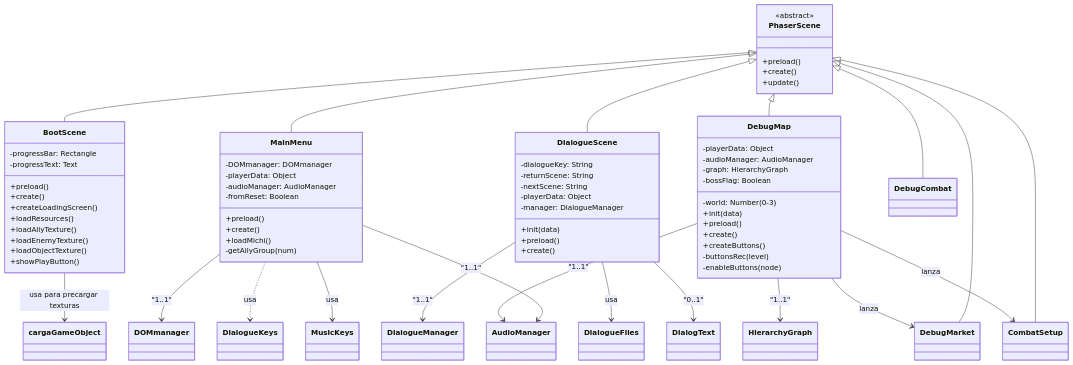
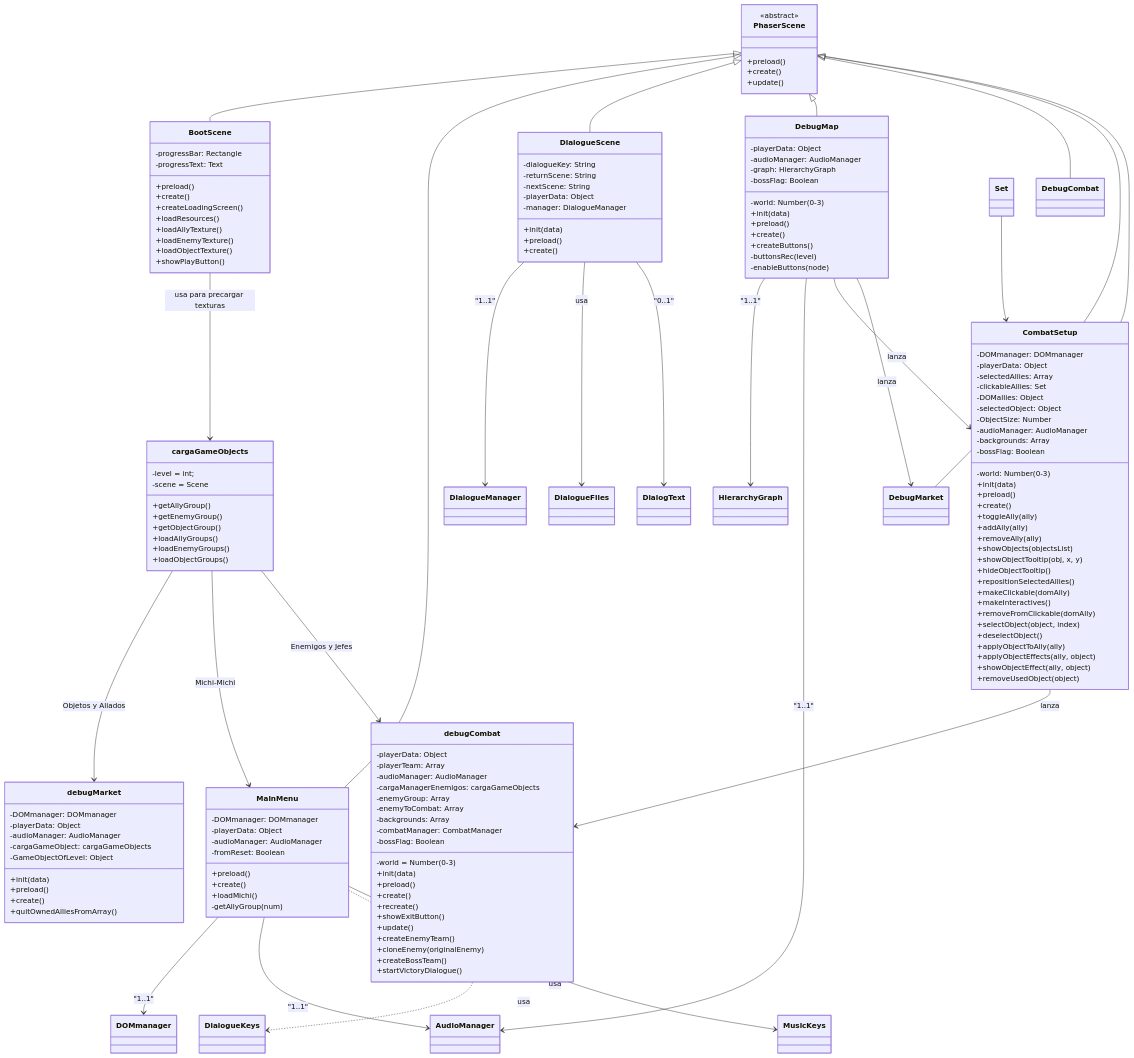
Before and after one commit to lucdom07/G07-PVLI: the second of 15 diagrams in architecture.md, drawn with Mermaid. The commit also changed other lines of this file, not shown here.

````diff
--- a/architecture.md
+++ b/architecture.md
@@ -52,8 +80,22 @@
         +showPlayButton()
     }
     
-    BootScene --> cargaGameObject : usa para precargar texturas
-    
+    BootScene --> cargaGameObjects : usa para precargar texturas
+
+    class cargaGameObjects{
+        -level = int;
+        -scene = Scene
+        +getAllyGroup()
+        +getEnemyGroup()
+        +getObjectGroup()
+        +loadAllyGroups()
+        +loadEnemyGroups()
+        +loadObjectGroups()
+    }
+cargaGameObjects-->debugMarket : Objetos y Aliados
+cargaGameObjects-->MainMenu : Michi-Michi
+cargaGameObjects--> debugCombat : Enemigos y Jefes
+
     class MainMenu {
         -DOMmanager: DOMmanager
         -playerData: Object
@@ -103,4 +145,76 @@
     DebugMap --> AudioManager : "1..1"
     DebugMap --> CombatSetup : lanza
     DebugMap --> DebugMarket : lanza
+
+    class CombatSetup {
+        -DOMmanager: DOMmanager
+        -playerData: Object
+        -selectedAllies: Array
+        -clickableAllies: Set
+        -DOMallies: Object
+        -selectedObject: Object
+        -ObjectSize: Number
+        -audioManager: AudioManager
+        -backgrounds: Array
+        -world: Number (0-3)
+        -bossFlag: Boolean
+        +init(data)
+        +preload()
+        +create()
+        +toggleAlly(ally)
+        +addAlly(ally)
+        +removeAlly(ally)
+        +showObjects(objectsList)
+        +showObjectTooltip(obj, x, y)
+        +hideObjectTooltip()
+        +repositionSelectedAllies()
+        +makeClickable(domAlly)
+        +makeInteractives()
+        +removeFromClickable(domAlly)
+        +selectObject(object, index)
+        +deselectObject()
+        +applyObjectToAlly(ally)
+        +applyObjectEffects(ally, object)
+        +showObjectEffect(ally, object)
+        +removeUsedObject(object)
+    }
+
+    Set-->CombatSetup
+
+    class debugMarket {
+        -DOMmanager: DOMmanager
+        -playerData: Object
+        -audioManager: AudioManager
+        -cargaGameObject: cargaGameObjects
+        -GameObjectOfLevel: Object
+        +init(data)
+        +preload()
+        +create()
+        +quitOwnedAlliesFromArray()
+    }
+
+CombatSetup-->debugCombat : lanza
+
+    class debugCombat{
+        -playerData: Object
+        -playerTeam: Array
+        -audioManager: AudioManager
+        -cargaManagerEnemigos: cargaGameObjects
+        -enemyGroup: Array
+        -enemyToCombat: Array
+        -backgrounds: Array
+        -combatManager: CombatManager
+        -bossFlag: Boolean
+        -world = Number (0-3)
+        +init(data)
+        +preload()
+        +create()
+        +recreate()
+        +showExitButton()
+        +update()
+        +createEnemyTeam()
+        +cloneEnemy(originalEnemy)
+        +createBossTeam()
+        +startVictoryDialogue()
+    }
 ```
````
